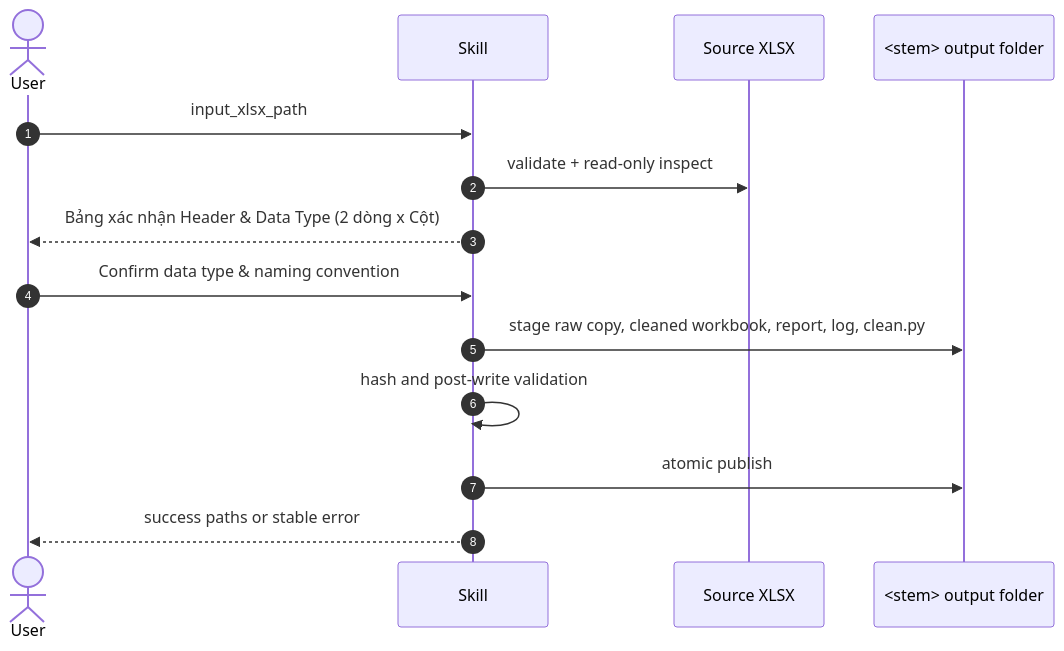
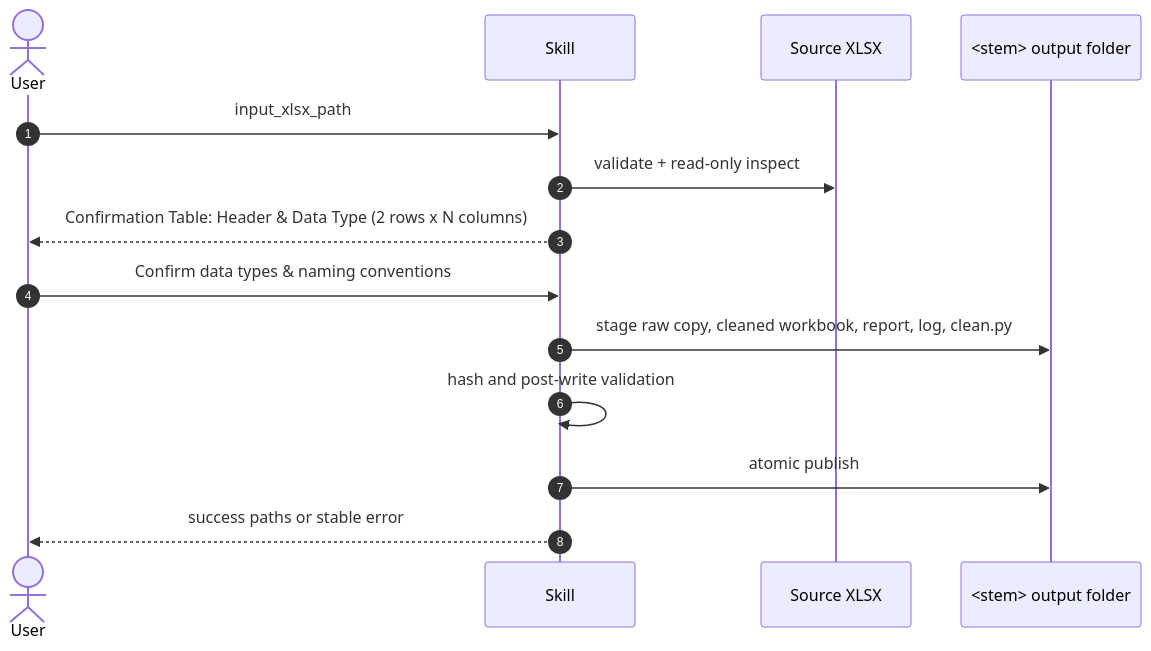
Before and after one commit to nguyenlamhai89/UX-Agent: the diagram in .agents/skills/clean-data-xlsx/SKILL.md, drawn with Mermaid. The commit also changed other lines of this file, not shown here.

Commit message:
update: translate clean-data-xlsx SKILL.md to English following template structure

````diff
--- a/.agents/skills/clean-data-xlsx/SKILL.md
+++ b/.agents/skills/clean-data-xlsx/SKILL.md
@@ -77,17 +79,17 @@
 ```mermaid
 sequenceDiagram
     autonumber
     actor User
     participant Skill
     participant Source as Source XLSX
     participant Output as <stem> output folder
 
     User->>Skill: input_xlsx_path
     Skill->>Source: validate + read-only inspect
-    Skill-->>User: Bảng xác nhận Header & Data Type (2 dòng x Cột)
-    User->>Skill: Confirm data type & naming convention
+    Skill-->>User: Confirmation Table: Header & Data Type (2 rows x N columns)
+    User->>Skill: Confirm data types & naming conventions
     Skill->>Output: stage raw copy, cleaned workbook, report, log, clean.py
     Skill->>Skill: hash and post-write validation
     Skill->>Output: atomic publish
     Skill-->>User: success paths or stable error
 ```
````
